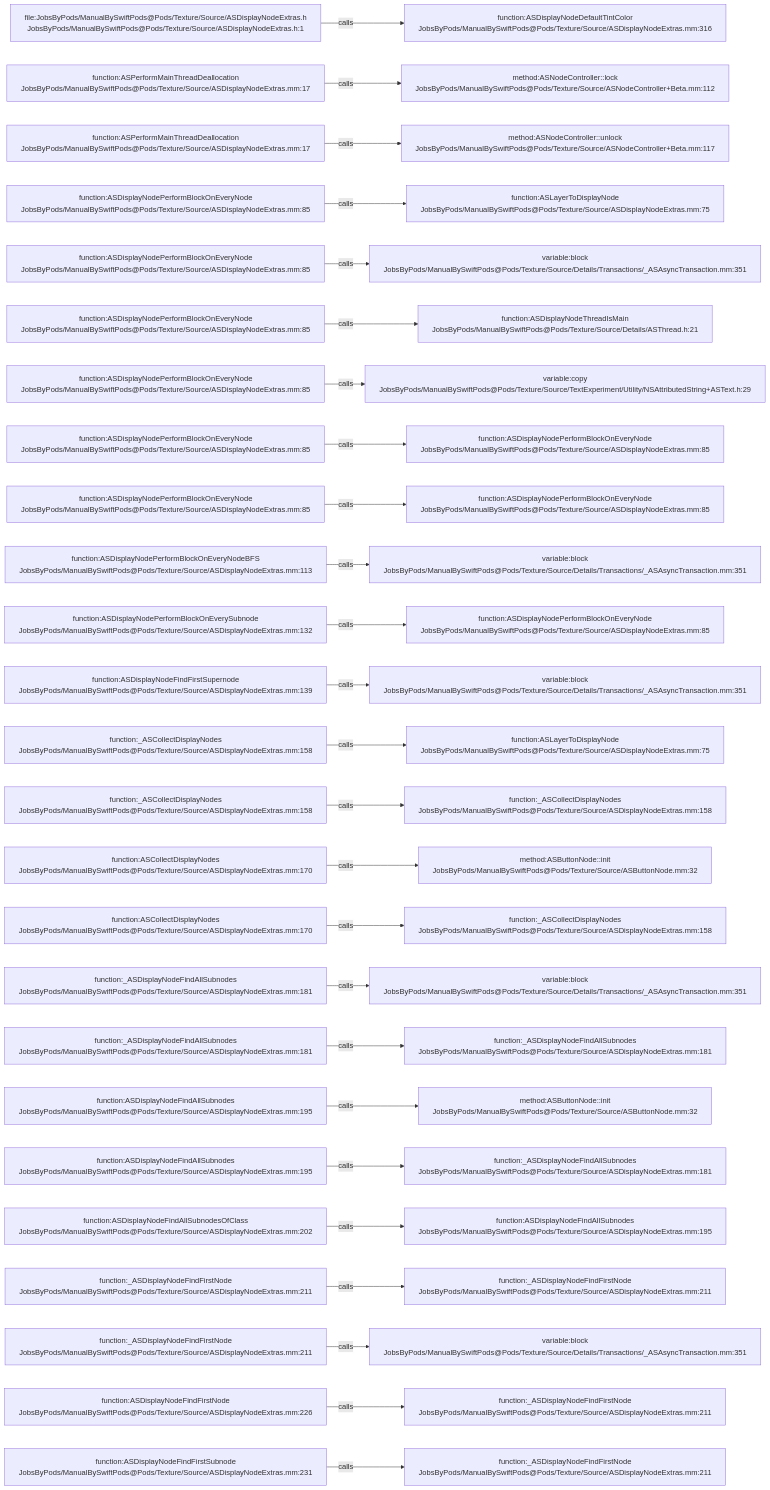
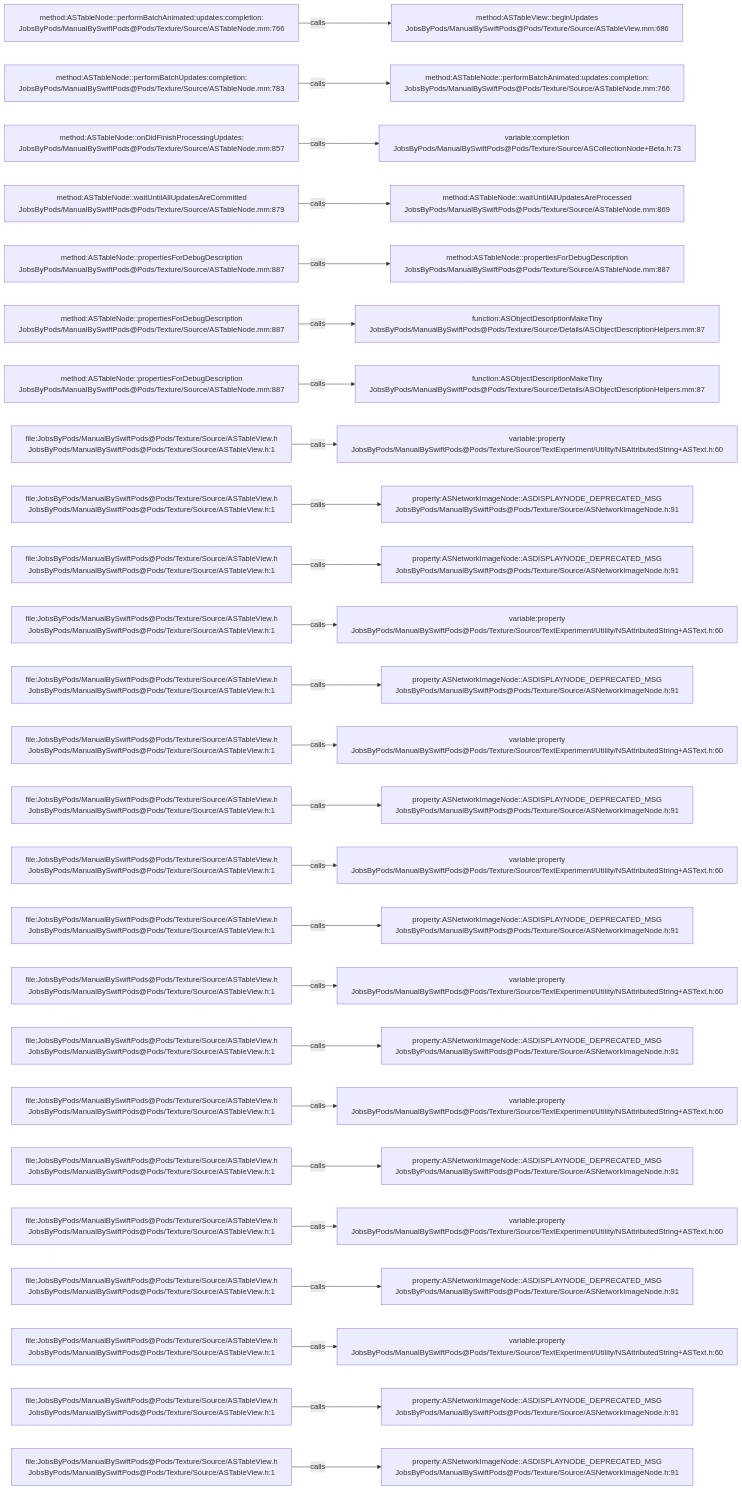
The diagram in .codegraph/codegraph.md/graphs/calls-057.md (JobsKits/JobsSwiftBaseConfigDemo), drawn with Mermaid before and after one commit. The commit also changed 832 other files, not shown here.

````diff
--- a/.codegraph/codegraph.md/graphs/calls-057.md
+++ b/.codegraph/codegraph.md/graphs/calls-057.md
@@ -13,78 +13,78 @@
 ```mermaid
 flowchart LR
-  S1["file:JobsByPods/ManualBySwiftPods@Pods/Texture/Source/ASDisplayNodeExtras.h<br/>JobsByPods/ManualBySwiftPods@Pods/Texture/Source/ASDisplayNodeExtras.h:1"]
-  T1["function:ASDisplayNodeDefaultTintColor<br/>JobsByPods/ManualBySwiftPods@Pods/Texture/Source/ASDisplayNodeExtras.mm:316"]
+  S1["method:ASTableNode::performBatchAnimated:updates:completion:<br/>JobsByPods/ManualBySwiftPods@Pods/Texture/Source/ASTableNode.mm:766"]
+  T1["method:ASTableView::beginUpdates<br/>JobsByPods/ManualBySwiftPods@Pods/Texture/Source/ASTableView.mm:686"]
   S1 -->|calls| T1
-  S2["function:ASPerformMainThreadDeallocation<br/>JobsByPods/ManualBySwiftPods@Pods/Texture/Source/ASDisplayNodeExtras.mm:17"]
-  T2["method:ASNodeController::lock<br/>JobsByPods/ManualBySwiftPods@Pods/Texture/Source/ASNodeController+Beta.mm:112"]
+  S2["method:ASTableNode::performBatchUpdates:completion:<br/>JobsByPods/ManualBySwiftPods@Pods/Texture/Source/ASTableNode.mm:783"]
+  T2["method:ASTableNode::performBatchAnimated:updates:completion:<br/>JobsByPods/ManualBySwiftPods@Pods/Texture/Source/ASTableNode.mm:766"]
   S2 -->|calls| T2
-  S3["function:ASPerformMainThreadDeallocation<br/>JobsByPods/ManualBySwiftPods@Pods/Texture/Source/ASDisplayNodeExtras.mm:17"]
-  T3["method:ASNodeController::unlock<br/>JobsByPods/ManualBySwiftPods@Pods/Texture/Source/ASNodeController+Beta.mm:117"]
+  S3["method:ASTableNode::onDidFinishProcessingUpdates:<br/>JobsByPods/ManualBySwiftPods@Pods/Texture/Source/ASTableNode.mm:857"]
+  T3["variable:completion<br/>JobsByPods/ManualBySwiftPods@Pods/Texture/Source/ASCollectionNode+Beta.h:73"]
   S3 -->|calls| T3
-  S4["function:ASDisplayNodePerformBlockOnEveryNode<br/>JobsByPods/ManualBySwiftPods@Pods/Texture/Source/ASDisplayNodeExtras.mm:85"]
-  T4["function:ASLayerToDisplayNode<br/>JobsByPods/ManualBySwiftPods@Pods/Texture/Source/ASDisplayNodeExtras.mm:75"]
+  S4["method:ASTableNode::waitUntilAllUpdatesAreCommitted<br/>JobsByPods/ManualBySwiftPods@Pods/Texture/Source/ASTableNode.mm:879"]
+  T4["method:ASTableNode::waitUntilAllUpdatesAreProcessed<br/>JobsByPods/ManualBySwiftPods@Pods/Texture/Source/ASTableNode.mm:869"]
   S4 -->|calls| T4
-  S5["function:ASDisplayNodePerformBlockOnEveryNode<br/>JobsByPods/ManualBySwiftPods@Pods/Texture/Source/ASDisplayNodeExtras.mm:85"]
-  T5["variable:block<br/>JobsByPods/ManualBySwiftPods@Pods/Texture/Source/Details/Transactions/_ASAsyncTransaction.mm:351"]
+  S5["method:ASTableNode::propertiesForDebugDescription<br/>JobsByPods/ManualBySwiftPods@Pods/Texture/Source/ASTableNode.mm:887"]
+  T5["method:ASTableNode::propertiesForDebugDescription<br/>JobsByPods/ManualBySwiftPods@Pods/Texture/Source/ASTableNode.mm:887"]
   S5 -->|calls| T5
-  S6["function:ASDisplayNodePerformBlockOnEveryNode<br/>JobsByPods/ManualBySwiftPods@Pods/Texture/Source/ASDisplayNodeExtras.mm:85"]
-  T6["function:ASDisplayNodeThreadIsMain<br/>JobsByPods/ManualBySwiftPods@Pods/Texture/Source/Details/ASThread.h:21"]
+  S6["method:ASTableNode::propertiesForDebugDescription<br/>JobsByPods/ManualBySwiftPods@Pods/Texture/Source/ASTableNode.mm:887"]
+  T6["function:ASObjectDescriptionMakeTiny<br/>JobsByPods/ManualBySwiftPods@Pods/Texture/Source/Details/ASObjectDescriptionHelpers.mm:87"]
   S6 -->|calls| T6
-  S7["function:ASDisplayNodePerformBlockOnEveryNode<br/>JobsByPods/ManualBySwiftPods@Pods/Texture/Source/ASDisplayNodeExtras.mm:85"]
-  T7["variable:copy<br/>JobsByPods/ManualBySwiftPods@Pods/Texture/Source/TextExperiment/Utility/NSAttributedString+ASText.h:29"]
+  S7["method:ASTableNode::propertiesForDebugDescription<br/>JobsByPods/ManualBySwiftPods@Pods/Texture/Source/ASTableNode.mm:887"]
+  T7["function:ASObjectDescriptionMakeTiny<br/>JobsByPods/ManualBySwiftPods@Pods/Texture/Source/Details/ASObjectDescriptionHelpers.mm:87"]
   S7 -->|calls| T7
-  S8["function:ASDisplayNodePerformBlockOnEveryNode<br/>JobsByPods/ManualBySwiftPods@Pods/Texture/Source/ASDisplayNodeExtras.mm:85"]
-  T8["function:ASDisplayNodePerformBlockOnEveryNode<br/>JobsByPods/ManualBySwiftPods@Pods/Texture/Source/ASDisplayNodeExtras.mm:85"]
+  S8["file:JobsByPods/ManualBySwiftPods@Pods/Texture/Source/ASTableView.h<br/>JobsByPods/ManualBySwiftPods@Pods/Texture/Source/ASTableView.h:1"]
+  T8["variable:property<br/>JobsByPods/ManualBySwiftPods@Pods/Texture/Source/TextExperiment/Utility/NSAttributedString+ASText.h:60"]
   S8 -->|calls| T8
-  S9["function:ASDisplayNodePerformBlockOnEveryNode<br/>JobsByPods/ManualBySwiftPods@Pods/Texture/Source/ASDisplayNodeExtras.mm:85"]
-  T9["function:ASDisplayNodePerformBlockOnEveryNode<br/>JobsByPods/ManualBySwiftPods@Pods/Texture/Source/ASDisplayNodeExtras.mm:85"]
+  S9["file:JobsByPods/ManualBySwiftPods@Pods/Texture/Source/ASTableView.h<br/>JobsByPods/ManualBySwiftPods@Pods/Texture/Source/ASTableView.h:1"]
+  T9["property:ASNetworkImageNode::ASDISPLAYNODE_DEPRECATED_MSG<br/>JobsByPods/ManualBySwiftPods@Pods/Texture/Source/ASNetworkImageNode.h:91"]
   S9 -->|calls| T9
-  S10["function:ASDisplayNodePerformBlockOnEveryNodeBFS<br/>JobsByPods/ManualBySwiftPods@Pods/Texture/Source/ASDisplayNodeExtras.mm:113"]
-  T10["variable:block<br/>JobsByPods/ManualBySwiftPods@Pods/Texture/Source/Details/Transactions/_ASAsyncTransaction.mm:351"]
+  S10["file:JobsByPods/ManualBySwiftPods@Pods/Texture/Source/ASTableView.h<br/>JobsByPods/ManualBySwiftPods@Pods/Texture/Source/ASTableView.h:1"]
+  T10["property:ASNetworkImageNode::ASDISPLAYNODE_DEPRECATED_MSG<br/>JobsByPods/ManualBySwiftPods@Pods/Texture/Source/ASNetworkImageNode.h:91"]
   S10 -->|calls| T10
-  S11["function:ASDisplayNodePerformBlockOnEverySubnode<br/>JobsByPods/ManualBySwiftPods@Pods/Texture/Source/ASDisplayNodeExtras.mm:132"]
-  T11["function:ASDisplayNodePerformBlockOnEveryNode<br/>JobsByPods/ManualBySwiftPods@Pods/Texture/Source/ASDisplayNodeExtras.mm:85"]
+  S11["file:JobsByPods/ManualBySwiftPods@Pods/Texture/Source/ASTableView.h<br/>JobsByPods/ManualBySwiftPods@Pods/Texture/Source/ASTableView.h:1"]
+  T11["variable:property<br/>JobsByPods/ManualBySwiftPods@Pods/Texture/Source/TextExperiment/Utility/NSAttributedString+ASText.h:60"]
   S11 -->|calls| T11
-  S12["function:ASDisplayNodeFindFirstSupernode<br/>JobsByPods/ManualBySwiftPods@Pods/Texture/Source/ASDisplayNodeExtras.mm:139"]
-  T12["variable:block<br/>JobsByPods/ManualBySwiftPods@Pods/Texture/Source/Details/Transactions/_ASAsyncTransaction.mm:351"]
+  S12["file:JobsByPods/ManualBySwiftPods@Pods/Texture/Source/ASTableView.h<br/>JobsByPods/ManualBySwiftPods@Pods/Texture/Source/ASTableView.h:1"]
+  T12["property:ASNetworkImageNode::ASDISPLAYNODE_DEPRECATED_MSG<br/>JobsByPods/ManualBySwiftPods@Pods/Texture/Source/ASNetworkImageNode.h:91"]
   S12 -->|calls| T12
-  S13["function:_ASCollectDisplayNodes<br/>JobsByPods/ManualBySwiftPods@Pods/Texture/Source/ASDisplayNodeExtras.mm:158"]
-  T13["function:ASLayerToDisplayNode<br/>JobsByPods/ManualBySwiftPods@Pods/Texture/Source/ASDisplayNodeExtras.mm:75"]
+  S13["file:JobsByPods/ManualBySwiftPods@Pods/Texture/Source/ASTableView.h<br/>JobsByPods/ManualBySwiftPods@Pods/Texture/Source/ASTableView.h:1"]
+  T13["variable:property<br/>JobsByPods/ManualBySwiftPods@Pods/Texture/Source/TextExperiment/Utility/NSAttributedString+ASText.h:60"]
   S13 -->|calls| T13
-  S14["function:_ASCollectDisplayNodes<br/>JobsByPods/ManualBySwiftPods@Pods/Texture/Source/ASDisplayNodeExtras.mm:158"]
-  T14["function:_ASCollectDisplayNodes<br/>JobsByPods/ManualBySwiftPods@Pods/Texture/Source/ASDisplayNodeExtras.mm:158"]
+  S14["file:JobsByPods/ManualBySwiftPods@Pods/Texture/Source/ASTableView.h<br/>JobsByPods/ManualBySwiftPods@Pods/Texture/Source/ASTableView.h:1"]
+  T14["property:ASNetworkImageNode::ASDISPLAYNODE_DEPRECATED_MSG<br/>JobsByPods/ManualBySwiftPods@Pods/Texture/Source/ASNetworkImageNode.h:91"]
   S14 -->|calls| T14
-  S15["function:ASCollectDisplayNodes<br/>JobsByPods/ManualBySwiftPods@Pods/Texture/Source/ASDisplayNodeExtras.mm:170"]
-  T15["method:ASButtonNode::init<br/>JobsByPods/ManualBySwiftPods@Pods/Texture/Source/ASButtonNode.mm:32"]
+  S15["file:JobsByPods/ManualBySwiftPods@Pods/Texture/Source/ASTableView.h<br/>JobsByPods/ManualBySwiftPods@Pods/Texture/Source/ASTableView.h:1"]
+  T15["variable:property<br/>JobsByPods/ManualBySwiftPods@Pods/Texture/Source/TextExperiment/Utility/NSAttributedString+ASText.h:60"]
   S15 -->|calls| T15
-  S16["function:ASCollectDisplayNodes<br/>JobsByPods/ManualBySwiftPods@Pods/Texture/Source/ASDisplayNodeExtras.mm:170"]
-  T16["function:_ASCollectDisplayNodes<br/>JobsByPods/ManualBySwiftPods@Pods/Texture/Source/ASDisplayNodeExtras.mm:158"]
+  S16["file:JobsByPods/ManualBySwiftPods@Pods/Texture/Source/ASTableView.h<br/>JobsByPods/ManualBySwiftPods@Pods/Texture/Source/ASTableView.h:1"]
+  T16["property:ASNetworkImageNode::ASDISPLAYNODE_DEPRECATED_MSG<br/>JobsByPods/ManualBySwiftPods@Pods/Texture/Source/ASNetworkImageNode.h:91"]
   S16 -->|calls| T16
-  S17["function:_ASDisplayNodeFindAllSubnodes<br/>JobsByPods/ManualBySwiftPods@Pods/Texture/Source/ASDisplayNodeExtras.mm:181"]
-  T17["variable:block<br/>JobsByPods/ManualBySwiftPods@Pods/Texture/Source/Details/Transactions/_ASAsyncTransaction.mm:351"]
+  S17["file:JobsByPods/ManualBySwiftPods@Pods/Texture/Source/ASTableView.h<br/>JobsByPods/ManualBySwiftPods@Pods/Texture/Source/ASTableView.h:1"]
+  T17["variable:property<br/>JobsByPods/ManualBySwiftPods@Pods/Texture/Source/TextExperiment/Utility/NSAttributedString+ASText.h:60"]
   S17 -->|calls| T17
-  S18["function:_ASDisplayNodeFindAllSubnodes<br/>JobsByPods/ManualBySwiftPods@Pods/Texture/Source/ASDisplayNodeExtras.mm:181"]
-  T18["function:_ASDisplayNodeFindAllSubnodes<br/>JobsByPods/ManualBySwiftPods@Pods/Texture/Source/ASDisplayNodeExtras.mm:181"]
+  S18["file:JobsByPods/ManualBySwiftPods@Pods/Texture/Source/ASTableView.h<br/>JobsByPods/ManualBySwiftPods@Pods/Texture/Source/ASTableView.h:1"]
+  T18["property:ASNetworkImageNode::ASDISPLAYNODE_DEPRECATED_MSG<br/>JobsByPods/ManualBySwiftPods@Pods/Texture/Source/ASNetworkImageNode.h:91"]
   S18 -->|calls| T18
-  S19["function:ASDisplayNodeFindAllSubnodes<br/>JobsByPods/ManualBySwiftPods@Pods/Texture/Source/ASDisplayNodeExtras.mm:195"]
-  T19["method:ASButtonNode::init<br/>JobsByPods/ManualBySwiftPods@Pods/Texture/Source/ASButtonNode.mm:32"]
+  S19["file:JobsByPods/ManualBySwiftPods@Pods/Texture/Source/ASTableView.h<br/>JobsByPods/ManualBySwiftPods@Pods/Texture/Source/ASTableView.h:1"]
+  T19["variable:property<br/>JobsByPods/ManualBySwiftPods@Pods/Texture/Source/TextExperiment/Utility/NSAttributedString+ASText.h:60"]
   S19 -->|calls| T19
-  S20["function:ASDisplayNodeFindAllSubnodes<br/>JobsByPods/ManualBySwiftPods@Pods/Texture/Source/ASDisplayNodeExtras.mm:195"]
-  T20["function:_ASDisplayNodeFindAllSubnodes<br/>JobsByPods/ManualBySwiftPods@Pods/Texture/Source/ASDisplayNodeExtras.mm:181"]
+  S20["file:JobsByPods/ManualBySwiftPods@Pods/Texture/Source/ASTableView.h<br/>JobsByPods/ManualBySwiftPods@Pods/Texture/Source/ASTableView.h:1"]
+  T20["property:ASNetworkImageNode::ASDISPLAYNODE_DEPRECATED_MSG<br/>JobsByPods/ManualBySwiftPods@Pods/Texture/Source/ASNetworkImageNode.h:91"]
   S20 -->|calls| T20
-  S21["function:ASDisplayNodeFindAllSubnodesOfClass<br/>JobsByPods/ManualBySwiftPods@Pods/Texture/Source/ASDisplayNodeExtras.mm:202"]
-  T21["function:ASDisplayNodeFindAllSubnodes<br/>JobsByPods/ManualBySwiftPods@Pods/Texture/Source/ASDisplayNodeExtras.mm:195"]
+  S21["file:JobsByPods/ManualBySwiftPods@Pods/Texture/Source/ASTableView.h<br/>JobsByPods/ManualBySwiftPods@Pods/Texture/Source/ASTableView.h:1"]
+  T21["variable:property<br/>JobsByPods/ManualBySwiftPods@Pods/Texture/Source/TextExperiment/Utility/NSAttributedString+ASText.h:60"]
   S21 -->|calls| T21
-  S22["function:_ASDisplayNodeFindFirstNode<br/>JobsByPods/ManualBySwiftPods@Pods/Texture/Source/ASDisplayNodeExtras.mm:211"]
-  T22["function:_ASDisplayNodeFindFirstNode<br/>JobsByPods/ManualBySwiftPods@Pods/Texture/Source/ASDisplayNodeExtras.mm:211"]
+  S22["file:JobsByPods/ManualBySwiftPods@Pods/Texture/Source/ASTableView.h<br/>JobsByPods/ManualBySwiftPods@Pods/Texture/Source/ASTableView.h:1"]
+  T22["property:ASNetworkImageNode::ASDISPLAYNODE_DEPRECATED_MSG<br/>JobsByPods/ManualBySwiftPods@Pods/Texture/Source/ASNetworkImageNode.h:91"]
   S22 -->|calls| T22
-  S23["function:_ASDisplayNodeFindFirstNode<br/>JobsByPods/ManualBySwiftPods@Pods/Texture/Source/ASDisplayNodeExtras.mm:211"]
-  T23["variable:block<br/>JobsByPods/ManualBySwiftPods@Pods/Texture/Source/Details/Transactions/_ASAsyncTransaction.mm:351"]
+  S23["file:JobsByPods/ManualBySwiftPods@Pods/Texture/Source/ASTableView.h<br/>JobsByPods/ManualBySwiftPods@Pods/Texture/Source/ASTableView.h:1"]
+  T23["variable:property<br/>JobsByPods/ManualBySwiftPods@Pods/Texture/Source/TextExperiment/Utility/NSAttributedString+ASText.h:60"]
   S23 -->|calls| T23
-  S24["function:ASDisplayNodeFindFirstNode<br/>JobsByPods/ManualBySwiftPods@Pods/Texture/Source/ASDisplayNodeExtras.mm:226"]
-  T24["function:_ASDisplayNodeFindFirstNode<br/>JobsByPods/ManualBySwiftPods@Pods/Texture/Source/ASDisplayNodeExtras.mm:211"]
+  S24["file:JobsByPods/ManualBySwiftPods@Pods/Texture/Source/ASTableView.h<br/>JobsByPods/ManualBySwiftPods@Pods/Texture/Source/ASTableView.h:1"]
+  T24["property:ASNetworkImageNode::ASDISPLAYNODE_DEPRECATED_MSG<br/>JobsByPods/ManualBySwiftPods@Pods/Texture/Source/ASNetworkImageNode.h:91"]
   S24 -->|calls| T24
-  S25["function:ASDisplayNodeFindFirstSubnode<br/>JobsByPods/ManualBySwiftPods@Pods/Texture/Source/ASDisplayNodeExtras.mm:231"]
-  T25["function:_ASDisplayNodeFindFirstNode<br/>JobsByPods/ManualBySwiftPods@Pods/Texture/Source/ASDisplayNodeExtras.mm:211"]
+  S25["file:JobsByPods/ManualBySwiftPods@Pods/Texture/Source/ASTableView.h<br/>JobsByPods/ManualBySwiftPods@Pods/Texture/Source/ASTableView.h:1"]
+  T25["property:ASNetworkImageNode::ASDISPLAYNODE_DEPRECATED_MSG<br/>JobsByPods/ManualBySwiftPods@Pods/Texture/Source/ASNetworkImageNode.h:91"]
   S25 -->|calls| T25
 ```
````
